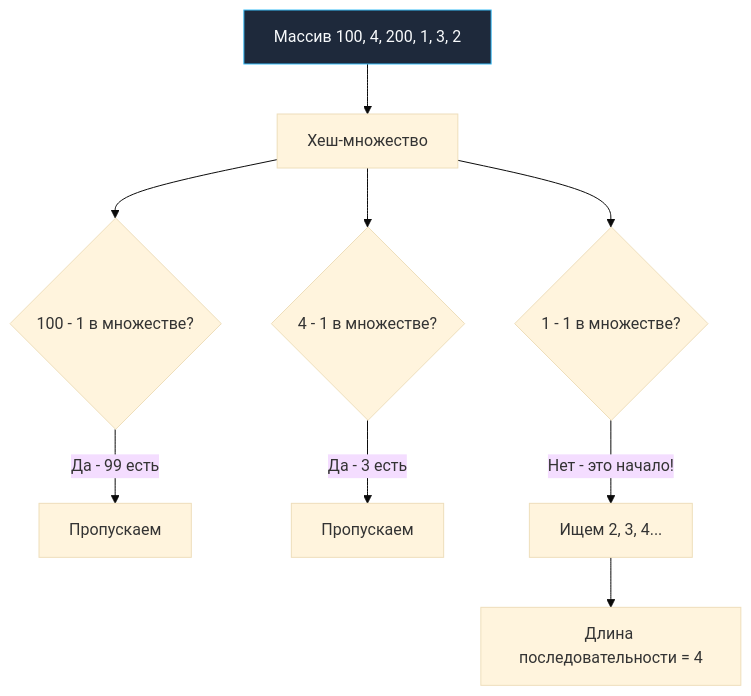
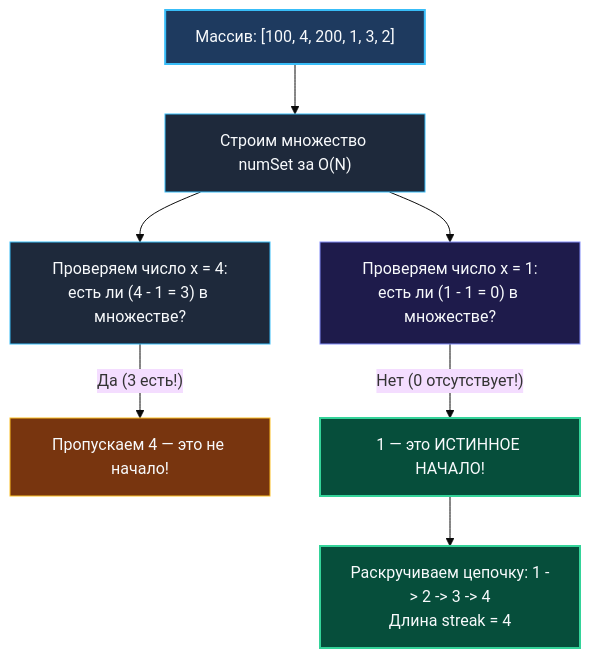
One commit to UnrealTemplier/go-textbook-ru changed the diagram in sources/21. Задачи с LeetCode и собеседований на Go/02. Задачи/05. Хеш таблицы/8. Longest Consecutive Sequence.md. Above: the diagram before and after it, drawn with Mermaid (base theme). The commit also changed other lines of this file and 60 other files, not shown here.

````diff
--- a/sources/21. Задачи с LeetCode и собеседований на Go/02. Задачи/05. Хеш таблицы/8. Longest Consecutive Sequence.md
+++ b/sources/21. Задачи с LeetCode и собеседований на Go/02. Задачи/05. Хеш таблицы/8. Longest Consecutive Sequence.md
@@ -87,23 +54,15 @@
 ```mermaid
 flowchart TD
-    classDef process  fill:#1e293b,stroke:#38bdf8,stroke-width:1px,color:#f8fafc
-    classDef success  fill:#064e3b,stroke:#34d399,stroke-width:1px,color:#f8fafc
-    classDef error    fill:#7f1d1d,stroke:#f87171,stroke-width:1px,color:#f8fafc
-    classDef warning  fill:#78350f,stroke:#fbbf24,stroke-width:1px,color:#f8fafc
-    classDef entry    fill:#1e3a5f,stroke:#38bdf8,stroke-width:2px,color:#f8fafc
-    classDef aux      fill:#334155,stroke:#64748b,stroke-width:1px,color:#f8fafc
-    classDef system   fill:#312e81,stroke:#a78bfa,stroke-width:1px,color:#f8fafc
-    classDef data     fill:#132d29,stroke:#2dd4bf,stroke-width:1px,color:#f8fafc
-    classDef network  fill:#881337,stroke:#fb7185,stroke-width:1px,color:#f8fafc
-    classDef accent   fill:#1e1b4b,stroke:#818cf8,stroke-width:1px,color:#f8fafc
-    A["Массив 100, 4, 200, 1, 3, 2"]:::process --> B["Хеш-множество"]
-    B --> C{"100 - 1 в множестве?"}
-    C -- "Да - 99 есть" --> D["Пропускаем"]
-    
-    B --> E{"4 - 1 в множестве?"}
-    E -- "Да - 3 есть" --> F["Пропускаем"]
-    
-    B --> G{"1 - 1 в множестве?"}
-    G -- "Нет - это начало!" --> H["Ищем 2, 3, 4..."]
-    H --> I["Длина последовательности = 4"]
+    classDef entry   fill:#1e3a5f,stroke:#38bdf8,stroke-width:2px,color:#f8fafc
+    classDef process fill:#1e293b,stroke:#38bdf8,stroke-width:1px,color:#f8fafc
+    classDef accent  fill:#1e1b4b,stroke:#818cf8,stroke-width:1px,color:#f8fafc
+    classDef success fill:#064e3b,stroke:#34d399,stroke-width:2px,color:#f8fafc
+    classDef warning fill:#78350f,stroke:#fbbf24,stroke-width:1px,color:#f8fafc
+
+    A["Массив: [100, 4, 200, 1, 3, 2]"]:::entry --> B["Строим множество numSet за O(N)"]:::process
+    B --> C["Проверяем число x = 4:<br/>есть ли (4 - 1 = 3) в множестве?"]:::process
+    C -- "Да (3 есть!)" --> D["Пропускаем 4 — это не начало!"]:::warning
+    B --> E["Проверяем число x = 1:<br/>есть ли (1 - 1 = 0) в множестве?"]:::accent
+    E -- "Нет (0 отсутствует!)" --> F["1 — это ИСТИННОЕ НАЧАЛО!"]:::success
+    F --> G["Раскручиваем цепочку: 1 -> 2 -> 3 -> 4<br/>Длина streak = 4"]:::success
 ```
````
